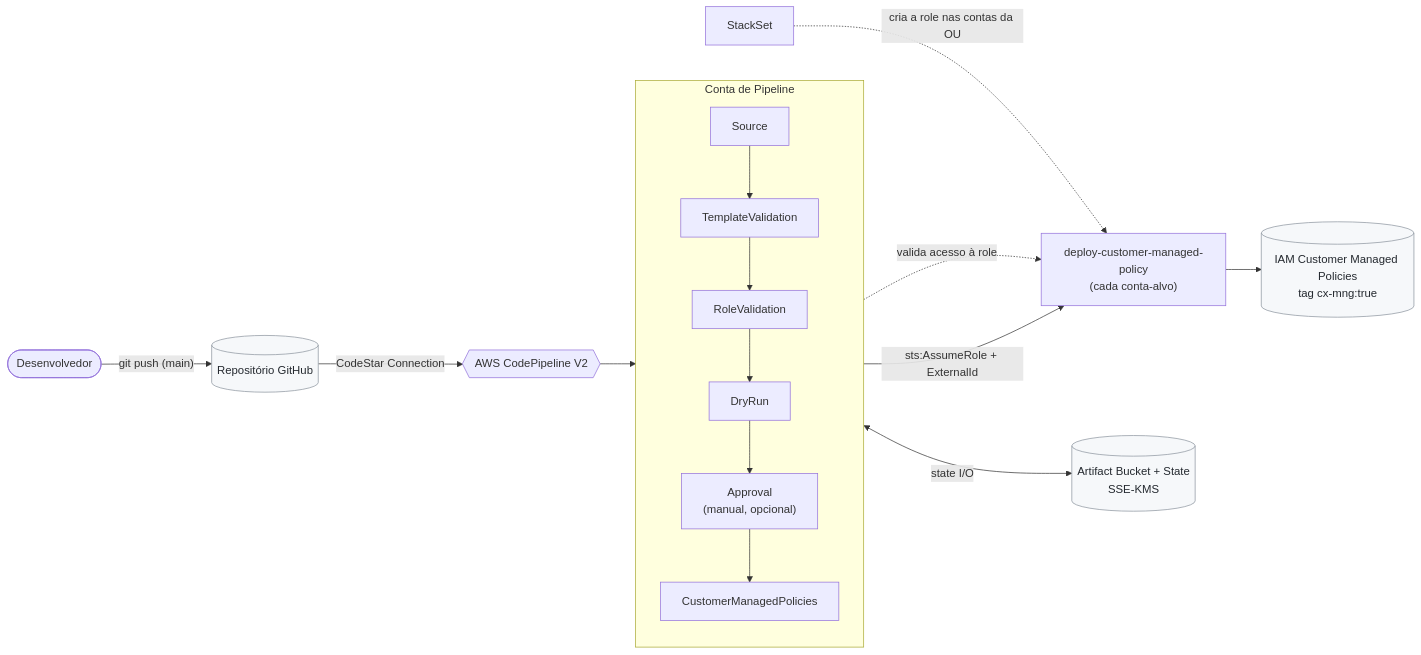
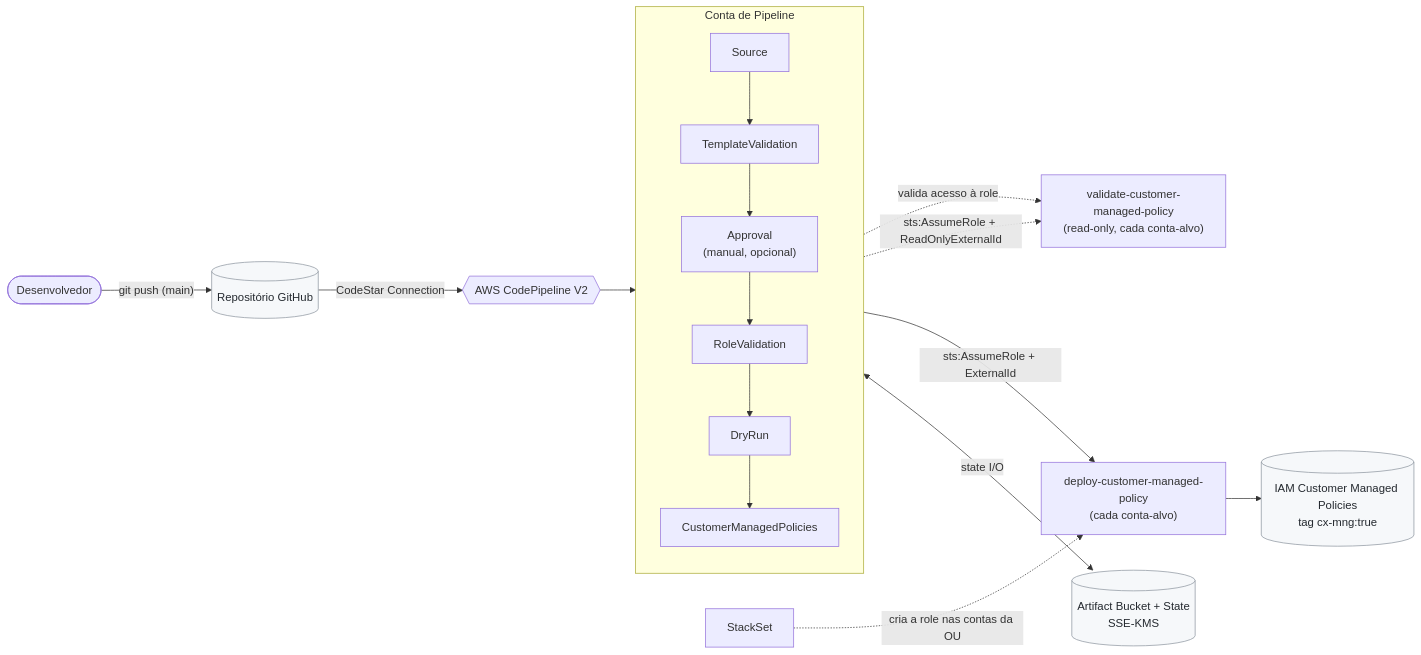
Before and after one commit to dennisasilva/iam-customer-managed-pipeline: the first of 2 diagrams in README.md, drawn with Mermaid. The commit also changed 10 other files, not shown here.

````diff
--- a/README.md
+++ b/README.md
@@ -12,20 +12,21 @@
 ```mermaid
 flowchart LR
     Dev([Desenvolvedor]) -->|"git push (main)"| Repo[(Repositório GitHub)]
     Repo -->|CodeStar Connection| CP{{AWS CodePipeline V2}}
 
     subgraph Pipeline["Conta de Pipeline"]
       direction TB
-      S["Source"] --> TV["TemplateValidation"] --> RV["RoleValidation"] --> DR["DryRun"] --> AP["Approval<br/>(manual, opcional)"] --> CMP["CustomerManagedPolicies"]
+      S["Source"] --> TV["TemplateValidation"] --> AP["Approval<br/>(manual, opcional)"] --> RV["RoleValidation"] --> DR["DryRun"] --> CMP["CustomerManagedPolicies"]
     end
 
     CP --> S
-    RV -. "valida acesso à role" .-> Role
+    RV -. "valida acesso à role" .-> ValRole
+    DR -. "sts:AssumeRole + ReadOnlyExternalId" .-> ValRole["validate-customer-managed-policy<br/>(read-only, cada conta-alvo)"]
     CMP -->|"sts:AssumeRole + ExternalId"| Role["deploy-customer-managed-policy<br/>(cada conta-alvo)"]
     Role --> IAM[("IAM Customer Managed Policies<br/>tag cx-mng:true")]
     CMP <-->|"state I/O"| S3[("Artifact Bucket + State<br/>SSE-KMS")]
     SS["StackSet"] -. "cria a role nas contas da OU" .-> Role
 
     classDef store fill:#f6f8fa,stroke:#8b949e,color:#24292f;
     class Repo,IAM,S3 store;
 ```
````
